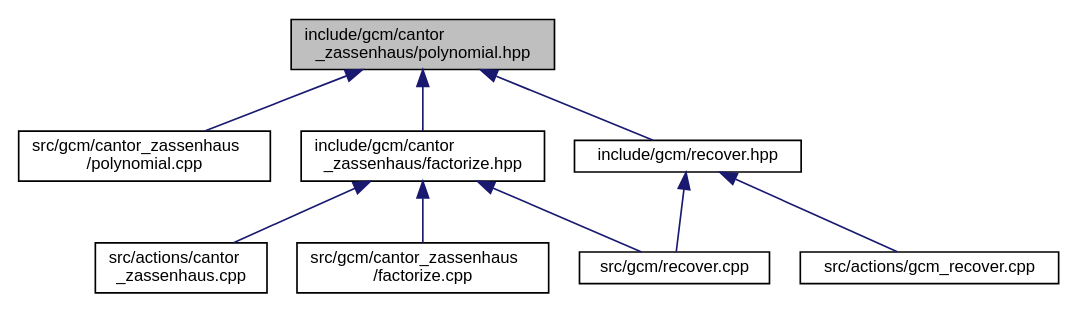
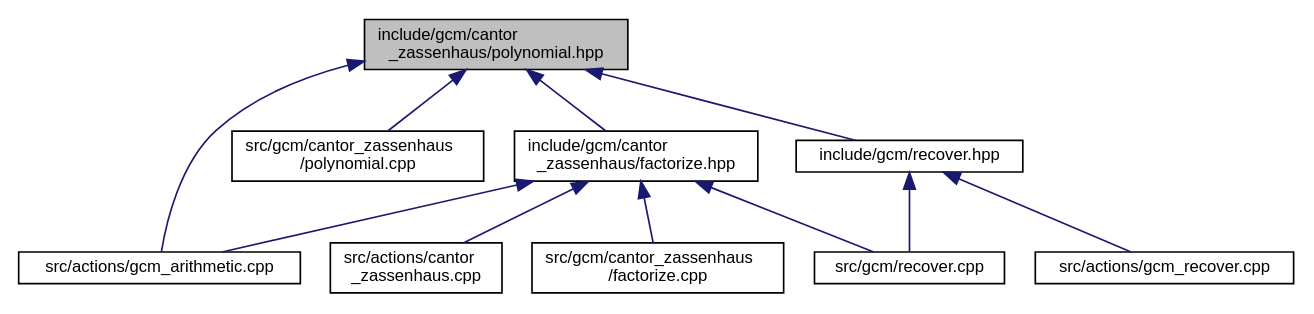
Before and after one commit to frereit/KauMA: the diagram in cantor__zassenhaus_2polynomial_8hpp__dep__incl.dot, drawn with Graphviz. The commit also changed 98 other files, not shown here.

```diff
--- a/cantor__zassenhaus_2polynomial_8hpp__dep__incl.dot
+++ b/cantor__zassenhaus_2polynomial_8hpp__dep__incl.dot
@@ -1,22 +1,25 @@
 digraph "include/gcm/cantor_zassenhaus/polynomial.hpp"
 {
  // LATEX_PDF_SIZE
   edge [fontname="Helvetica",fontsize="10",labelfontname="Helvetica",labelfontsize="10"];
   node [fontname="Helvetica",fontsize="10",shape=record];
   Node1 [label="include/gcm/cantor\l_zassenhaus/polynomial.hpp",height=0.2,width=0.4,color="black", fillcolor="grey75", style="filled", fontcolor="black",tooltip=" "];
   Node1 -> Node2 [dir="back",color="midnightblue",fontsize="10",style="solid",fontname="Helvetica"];
-  Node2 [label="src/gcm/cantor_zassenhaus\l/polynomial.cpp",height=0.2,width=0.4,color="black", fillcolor="white", style="filled",URL="$cantor__zassenhaus_2polynomial_8cpp.html",tooltip=" "];
+  Node2 [label="src/actions/gcm_arithmetic.cpp",height=0.2,width=0.4,color="black", fillcolor="white", style="filled",URL="$gcm__arithmetic_8cpp.html",tooltip=" "];
   Node1 -> Node3 [dir="back",color="midnightblue",fontsize="10",style="solid",fontname="Helvetica"];
-  Node3 [label="include/gcm/cantor\l_zassenhaus/factorize.hpp",height=0.2,width=0.4,color="black", fillcolor="white", style="filled",URL="$factorize_8hpp.html",tooltip=" "];
-  Node3 -> Node4 [dir="back",color="midnightblue",fontsize="10",style="solid",fontname="Helvetica"];
-  Node4 [label="src/actions/cantor\l_zassenhaus.cpp",height=0.2,width=0.4,color="black", fillcolor="white", style="filled",URL="$cantor__zassenhaus_8cpp.html",tooltip=" "];
-  Node3 -> Node5 [dir="back",color="midnightblue",fontsize="10",style="solid",fontname="Helvetica"];
-  Node5 [label="src/gcm/cantor_zassenhaus\l/factorize.cpp",height=0.2,width=0.4,color="black", fillcolor="white", style="filled",URL="$factorize_8cpp.html",tooltip=" "];
-  Node3 -> Node6 [dir="back",color="midnightblue",fontsize="10",style="solid",fontname="Helvetica"];
-  Node6 [label="src/gcm/recover.cpp",height=0.2,width=0.4,color="black", fillcolor="white", style="filled",URL="$recover_8cpp.html",tooltip=" "];
-  Node1 -> Node7 [dir="back",color="midnightblue",fontsize="10",style="solid",fontname="Helvetica"];
-  Node7 [label="include/gcm/recover.hpp",height=0.2,width=0.4,color="black", fillcolor="white", style="filled",URL="$recover_8hpp.html",tooltip=" "];
-  Node7 -> Node8 [dir="back",color="midnightblue",fontsize="10",style="solid",fontname="Helvetica"];
-  Node8 [label="src/actions/gcm_recover.cpp",height=0.2,width=0.4,color="black", fillcolor="white", style="filled",URL="$gcm__recover_8cpp.html",tooltip=" "];
-  Node7 -> Node6 [dir="back",color="midnightblue",fontsize="10",style="solid",fontname="Helvetica"];
+  Node3 [label="src/gcm/cantor_zassenhaus\l/polynomial.cpp",height=0.2,width=0.4,color="black", fillcolor="white", style="filled",URL="$cantor__zassenhaus_2polynomial_8cpp.html",tooltip=" "];
+  Node1 -> Node4 [dir="back",color="midnightblue",fontsize="10",style="solid",fontname="Helvetica"];
+  Node4 [label="include/gcm/cantor\l_zassenhaus/factorize.hpp",height=0.2,width=0.4,color="black", fillcolor="white", style="filled",URL="$factorize_8hpp.html",tooltip=" "];
+  Node4 -> Node5 [dir="back",color="midnightblue",fontsize="10",style="solid",fontname="Helvetica"];
+  Node5 [label="src/actions/cantor\l_zassenhaus.cpp",height=0.2,width=0.4,color="black", fillcolor="white", style="filled",URL="$cantor__zassenhaus_8cpp.html",tooltip=" "];
+  Node4 -> Node2 [dir="back",color="midnightblue",fontsize="10",style="solid",fontname="Helvetica"];
+  Node4 -> Node6 [dir="back",color="midnightblue",fontsize="10",style="solid",fontname="Helvetica"];
+  Node6 [label="src/gcm/cantor_zassenhaus\l/factorize.cpp",height=0.2,width=0.4,color="black", fillcolor="white", style="filled",URL="$factorize_8cpp.html",tooltip=" "];
+  Node4 -> Node7 [dir="back",color="midnightblue",fontsize="10",style="solid",fontname="Helvetica"];
+  Node7 [label="src/gcm/recover.cpp",height=0.2,width=0.4,color="black", fillcolor="white", style="filled",URL="$recover_8cpp.html",tooltip=" "];
+  Node1 -> Node8 [dir="back",color="midnightblue",fontsize="10",style="solid",fontname="Helvetica"];
+  Node8 [label="include/gcm/recover.hpp",height=0.2,width=0.4,color="black", fillcolor="white", style="filled",URL="$recover_8hpp.html",tooltip=" "];
+  Node8 -> Node9 [dir="back",color="midnightblue",fontsize="10",style="solid",fontname="Helvetica"];
+  Node9 [label="src/actions/gcm_recover.cpp",height=0.2,width=0.4,color="black", fillcolor="white", style="filled",URL="$gcm__recover_8cpp.html",tooltip=" "];
+  Node8 -> Node7 [dir="back",color="midnightblue",fontsize="10",style="solid",fontname="Helvetica"];
 }
```
